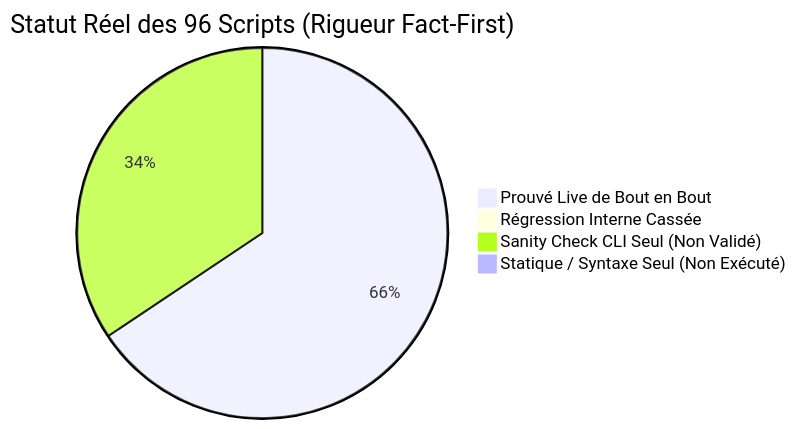
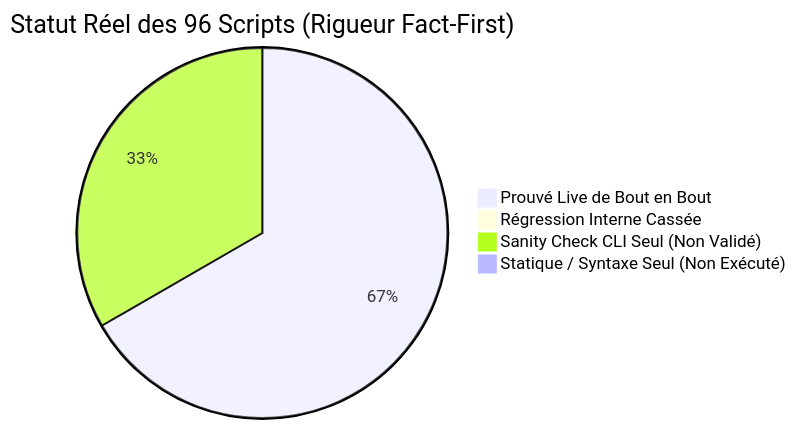
One commit to yoyonel/pydbsrt changed the diagram in docs/reference/2026-11-10-audit-exhaustif-scripts-regressions.md. Above: the diagram before and after it, drawn with Mermaid. The commit also changed other lines of this file and 2 other files, not shown here.

First line of the commit message:
fix(tooling): dynamic root, migrations propagation and cli check mode in test db migrations (#69)

````diff
--- a/docs/reference/2026-11-10-audit-exhaustif-scripts-regressions.md
+++ b/docs/reference/2026-11-10-audit-exhaustif-scripts-regressions.md
@@ -16,7 +16,7 @@
 ```mermaid
 pie title Statut Réel des 96 Scripts (Rigueur Fact-First)
-    "Prouvé Live de Bout en Bout" : 63
+    "Prouvé Live de Bout en Bout" : 64
     "Régression Interne Cassée" : 0
-    "Sanity Check CLI Seul (Non Validé)" : 33
+    "Sanity Check CLI Seul (Non Validé)" : 32
     "Statique / Syntaxe Seul (Non Exécuté)" : 0
 ```
````
